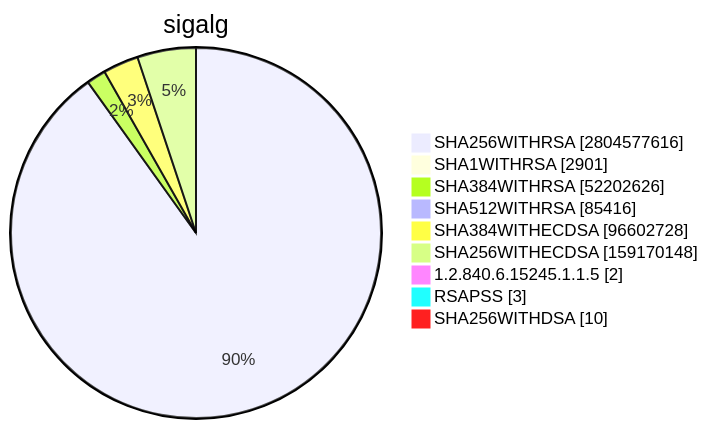
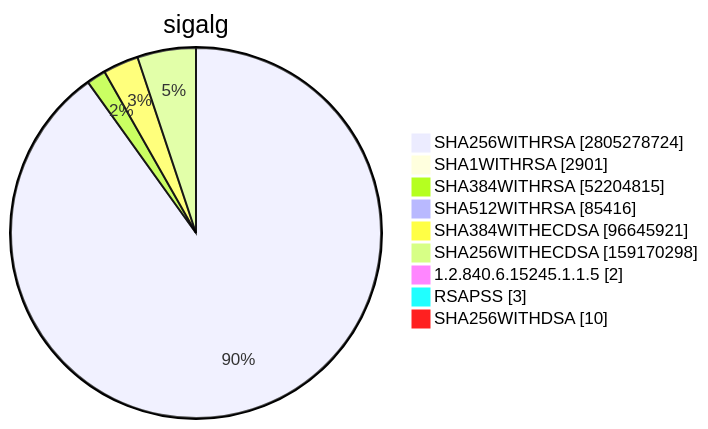
Diagram 15 of 15 in TOTAL/README.md (christiankrug/ctmonitor_visualization), drawn with Mermaid before and after one commit. The commit also changed other lines of this file, not shown here.

````diff
--- a/TOTAL/README.md
+++ b/TOTAL/README.md
@@ -6205,13 +6205,13 @@
 ```mermaid
 pie showData
 title sigalg
-"SHA256WITHRSA" :2804577616
+"SHA256WITHRSA" :2805278724
 "SHA1WITHRSA" :2901
-"SHA384WITHRSA" :52202626
+"SHA384WITHRSA" :52204815
 "SHA512WITHRSA" :85416
-"SHA384WITHECDSA" :96602728
-"SHA256WITHECDSA" :159170148
+"SHA384WITHECDSA" :96645921
+"SHA256WITHECDSA" :159170298
 "1.2.840.6.15245.1.1.5" :2
 "RSAPSS" :3
 "SHA256WITHDSA" :10
 ```
````
